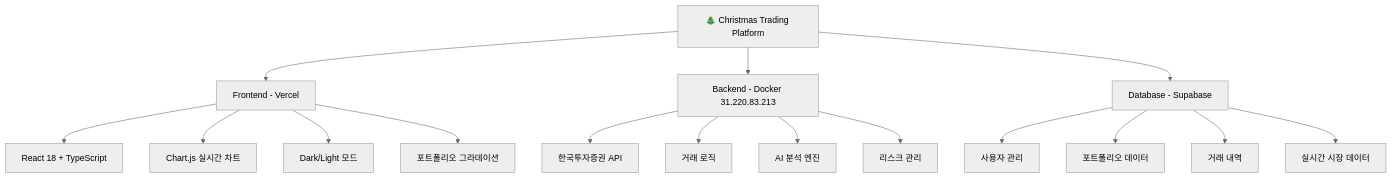
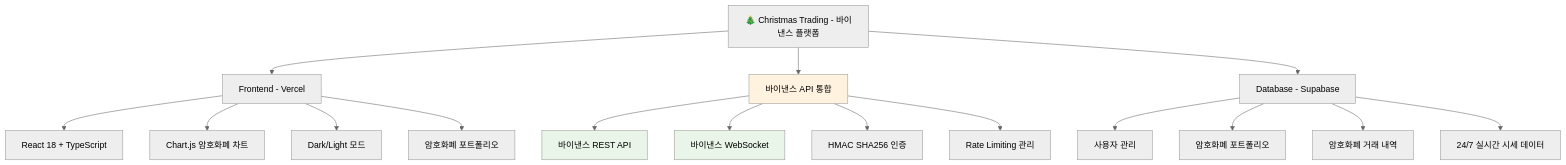
One commit to bzjay53/christmas changed the first of 3 diagrams in docs/planning/PROJECT_MANAGEMENT_REPORT.md. Above: the diagram before and after it, drawn with Mermaid (neutral theme). The commit also changed other lines of this file and 6 other files, not shown here.

````diff
--- a/docs/planning/PROJECT_MANAGEMENT_REPORT.md
+++ b/docs/planning/PROJECT_MANAGEMENT_REPORT.md
@@ -10,21 +10,25 @@
 ```mermaid
 graph TB
-    A[🎄 Christmas Trading Platform] --> B[Frontend - Vercel]
-    A --> C[Backend - Docker 31.220.83.213]
+    A[🎄 Christmas Trading - 바이낸스 플랫폼] --> B[Frontend - Vercel]
+    A --> C[바이낸스 API 통합]
     A --> D[Database - Supabase]
     
     B --> B1[React 18 + TypeScript]
-    B --> B2[Chart.js 실시간 차트]
+    B --> B2[Chart.js 암호화폐 차트]
     B --> B3[Dark/Light 모드]
-    B --> B4[포트폴리오 그라데이션]
+    B --> B4[암호화폐 포트폴리오]
     
-    C --> C1[한국투자증권 API]
-    C --> C2[거래 로직]
-    C --> C3[AI 분석 엔진]
-    C --> C4[리스크 관리]
+    C --> C1[바이낸스 REST API]
+    C --> C2[바이낸스 WebSocket]
+    C --> C3[HMAC SHA256 인증]
+    C --> C4[Rate Limiting 관리]
     
     D --> D1[사용자 관리]
-    D --> D2[포트폴리오 데이터]
-    D --> D3[거래 내역]
-    D --> D4[실시간 시장 데이터]
+    D --> D2[암호화폐 포트폴리오]
+    D --> D3[암호화폐 거래 내역]
+    D --> D4[24/7 실시간 시세 데이터]
+    
+    style C fill:#fff3e0
+    style C1 fill:#e8f5e8
+    style C2 fill:#e8f5e8
 ```
````
